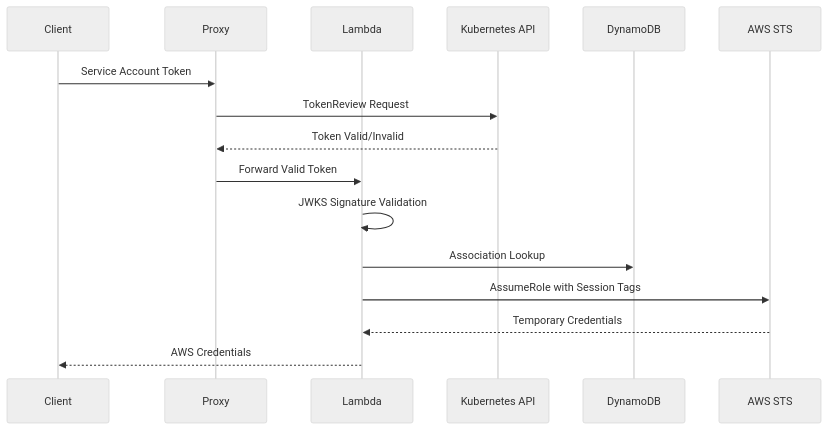
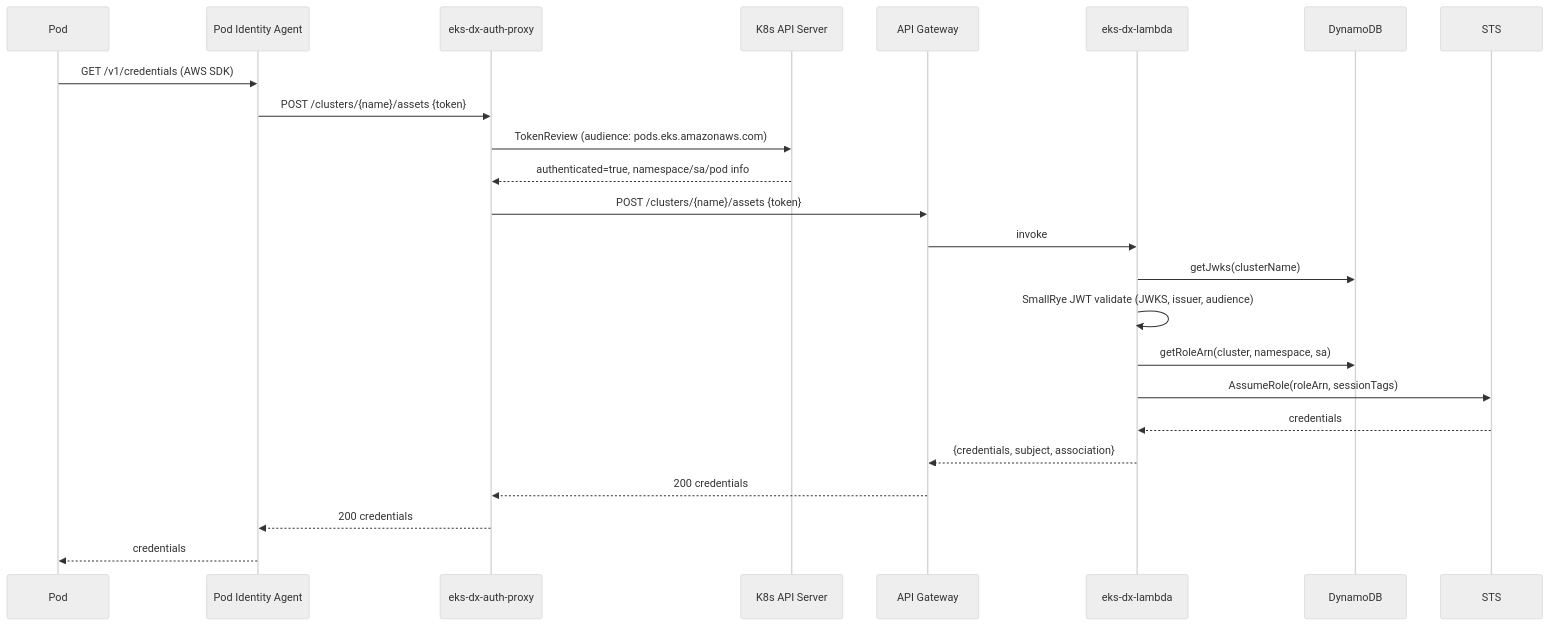
Before and after one commit to plasticity-of-cloud/eks-d-xpress-control-plane: the second of 3 diagrams in .agents/summary/architecture.md, drawn with Mermaid (neutral theme). The commit also changed other lines of this file and 9 other files, not shown here.

````diff
--- a/.agents/summary/architecture.md
+++ b/.agents/summary/architecture.md
@@ -135,19 +46,27 @@
 ```mermaid
 sequenceDiagram
-    participant Client
-    participant Proxy
-    participant Lambda
-    participant K8s as Kubernetes API
+    participant Pod
+    participant Agent as Pod Identity Agent
+    participant Proxy as eks-dx-auth-proxy
+    participant K8s as K8s API Server
+    participant GW as API Gateway
+    participant Lambda as eks-dx-lambda
     participant DDB as DynamoDB
-    participant STS as AWS STS
-    
-    Client->>Proxy: Service Account Token
-    Proxy->>K8s: TokenReview Request
-    K8s-->>Proxy: Token Valid/Invalid
-    Proxy->>Lambda: Forward Valid Token
-    Lambda->>Lambda: JWKS Signature Validation
-    Lambda->>DDB: Association Lookup
-    Lambda->>STS: AssumeRole with Session Tags
-    STS-->>Lambda: Temporary Credentials
-    Lambda-->>Client: AWS Credentials
+    participant STS
+
+    Pod->>Agent: GET /v1/credentials (AWS SDK)
+    Agent->>Proxy: POST /clusters/{name}/assets {token}
+    Proxy->>K8s: TokenReview (audience: pods.eks.amazonaws.com)
+    K8s-->>Proxy: authenticated=true, namespace/sa/pod info
+    Proxy->>GW: POST /clusters/{name}/assets {token}
+    GW->>Lambda: invoke
+    Lambda->>DDB: getJwks(clusterName)
+    Lambda->>Lambda: SmallRye JWT validate (JWKS, issuer, audience)
+    Lambda->>DDB: getRoleArn(cluster, namespace, sa)
+    Lambda->>STS: AssumeRole(roleArn, sessionTags)
+    STS-->>Lambda: credentials
+    Lambda-->>GW: {credentials, subject, association}
+    GW-->>Proxy: 200 credentials
+    Proxy-->>Agent: 200 credentials
+    Agent-->>Pod: credentials
 ```
````
